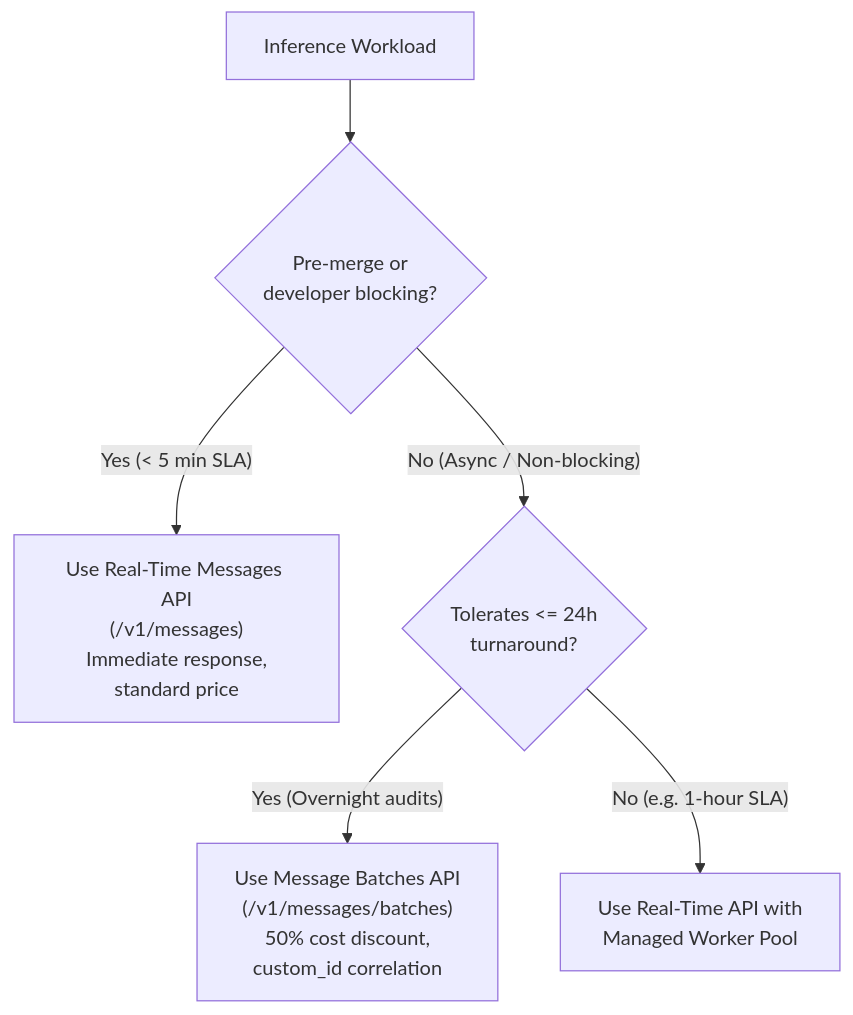
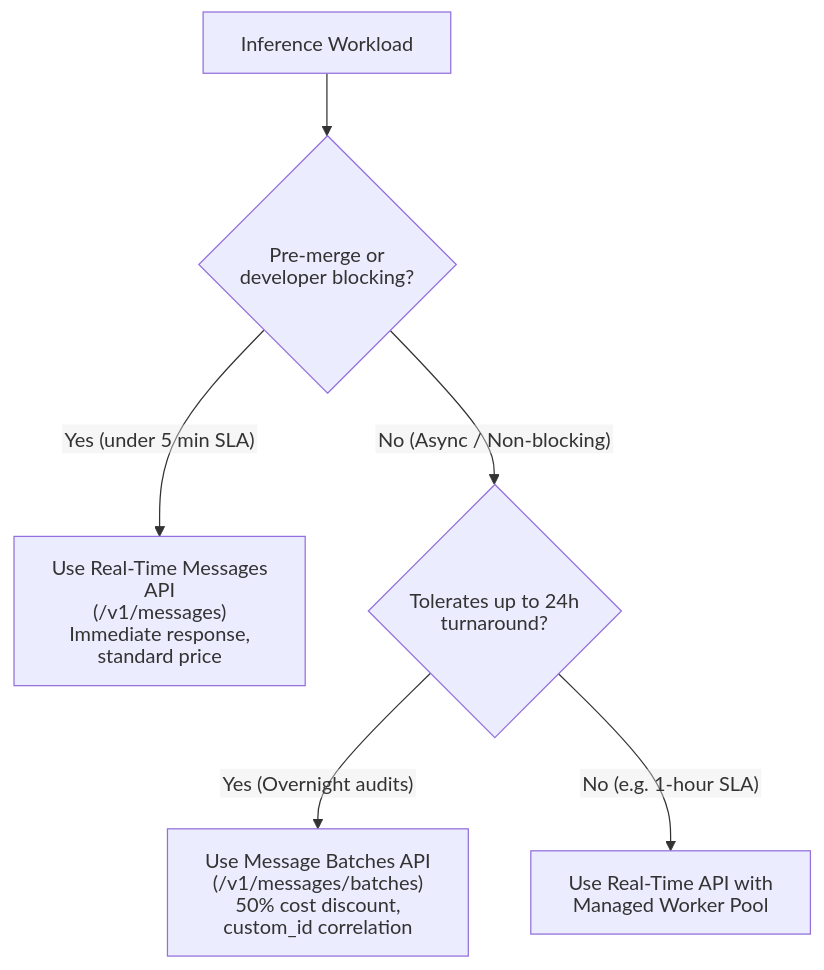
Before and after one commit to dip4k/claude_cert_architect_foundation_prep: the second of 6 diagrams in scenarios/MASTER_SCENARIO_PRACTICE.md, drawn with Mermaid. The commit also changed other lines of this file and 88 other files, not shown here.

First line of the commit message:
fix(mermaid): standardize GitHub Mermaid rendering across repo

````diff
--- a/scenarios/MASTER_SCENARIO_PRACTICE.md
+++ b/scenarios/MASTER_SCENARIO_PRACTICE.md
@@ -90,12 +94,16 @@
 ```mermaid
+---
+config:
+  htmlLabels: false
+---
 flowchart TD
     Workload["Inference Workload"] --> LatencyCheck{"Pre-merge or<br>developer blocking?"}
     
-    LatencyCheck -- "Yes (< 5 min SLA)" --> RealTimeAPI["Use Real-Time Messages API<br>(/v1/messages)<br>Immediate response,<br>standard price"]
+    LatencyCheck -- "Yes (under 5 min SLA)" --> RealTimeAPI["Use Real-Time Messages API<br>(/v1/messages)<br>Immediate response,<br>standard price"]
     
-    LatencyCheck -- "No (Async / Non-blocking)" --> SLA24Check{"Tolerates <= 24h<br>turnaround?"}
+    LatencyCheck -- "No (Async / Non-blocking)" --> SLA24Check{"Tolerates up to 24h<br>turnaround?"}
     
     SLA24Check -- "Yes (Overnight audits)" --> BatchesAPI["Use Message Batches API<br>(/v1/messages/batches)<br>50% cost discount,<br>custom_id correlation"]
     
     SLA24Check -- "No (e.g. 1-hour SLA)" --> WorkerPool["Use Real-Time API with<br>Managed Worker Pool"]
 ```
````
